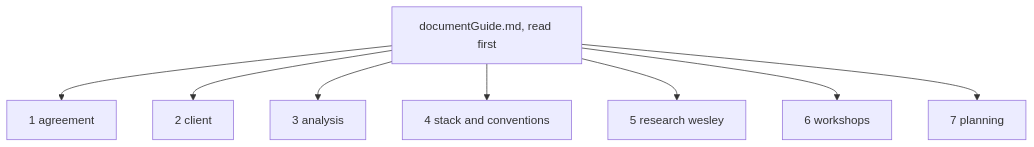
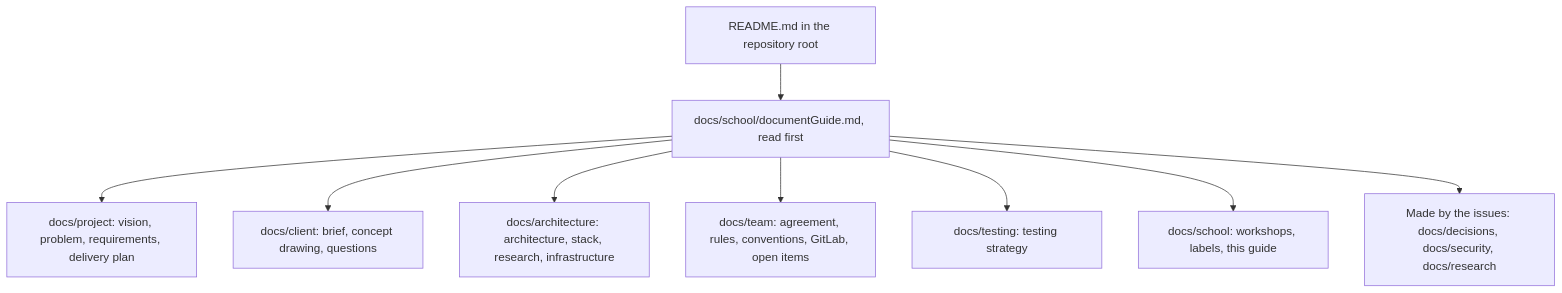
The diagram in docs/school/documentGuide.md (guruITA/connect-nine), drawn with Mermaid before and after one commit. The commit also changed other lines of this file and 21 other files, not shown here.

Commit message:
docs(docs): update every document to the issues on the board (#1)

````diff
--- a/docs/school/documentGuide.md
+++ b/docs/school/documentGuide.md
@@ -27,11 +15,12 @@
 ```mermaid
 flowchart TD
-    Root[documentGuide.md, read first]
-    Root --> F1["1 agreement"]
-    Root --> F2["2 client"]
-    Root --> F3["3 analysis"]
-    Root --> F4["4 stack and conventions"]
-    Root --> F5["5 research wesley"]
-    Root --> F6["6 workshops"]
-    Root --> F7["7 planning"]
+    Root[README.md in the repository root]
+    Root --> Guide[docs/school/documentGuide.md, read first]
+    Guide --> Project["docs/project: vision, problem, requirements, delivery plan"]
+    Guide --> Client["docs/client: brief, concept drawing, questions"]
+    Guide --> Arch["docs/architecture: architecture, stack, research, infrastructure"]
+    Guide --> Team["docs/team: agreement, rules, conventions, GitLab, open items"]
+    Guide --> Testing["docs/testing: testing strategy"]
+    Guide --> School["docs/school: workshops, labels, this guide"]
+    Guide --> Later["Made by the issues: docs/decisions, docs/security, docs/research"]
 ```
````
